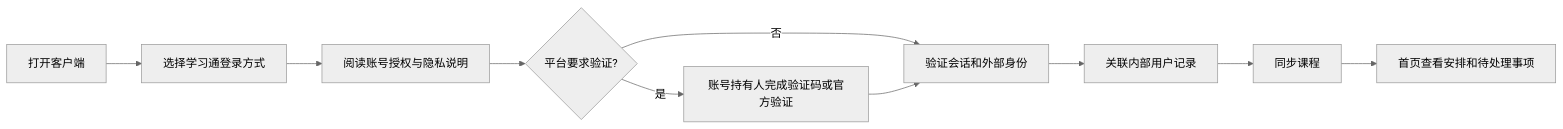
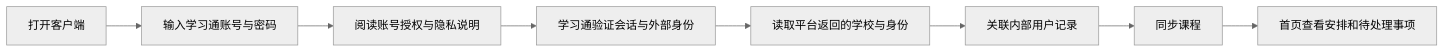
Before and after one commit to onprs/ByebyeOCS: the first of 3 diagrams in docs/product/user-flows.md, drawn with Mermaid (neutral theme). The commit also changed other lines of this file and 11 other files, not shown here.

````diff
--- a/docs/product/user-flows.md
+++ b/docs/product/user-flows.md
@@ -5,12 +5,10 @@
 ```mermaid
 flowchart LR
-    A[打开客户端] --> B[选择学习通登录方式]
+    A[打开客户端] --> B[输入学习通账号与密码]
     B --> C[阅读账号授权与隐私说明]
-    C --> D{平台要求验证?}
-    D -->|是| E[账号持有人完成验证码或官方验证]
-    D -->|否| F[验证会话和外部身份]
-    E --> F
-    F --> G[关联内部用户记录]
-    G --> H[同步课程]
-    H --> I[首页查看安排和待处理事项]
+    C --> D[学习通验证会话与外部身份]
+    D --> E[读取平台返回的学校与身份]
+    E --> F[关联内部用户记录]
+    F --> G[同步课程]
+    G --> H[首页查看安排和待处理事项]
 ```
````
